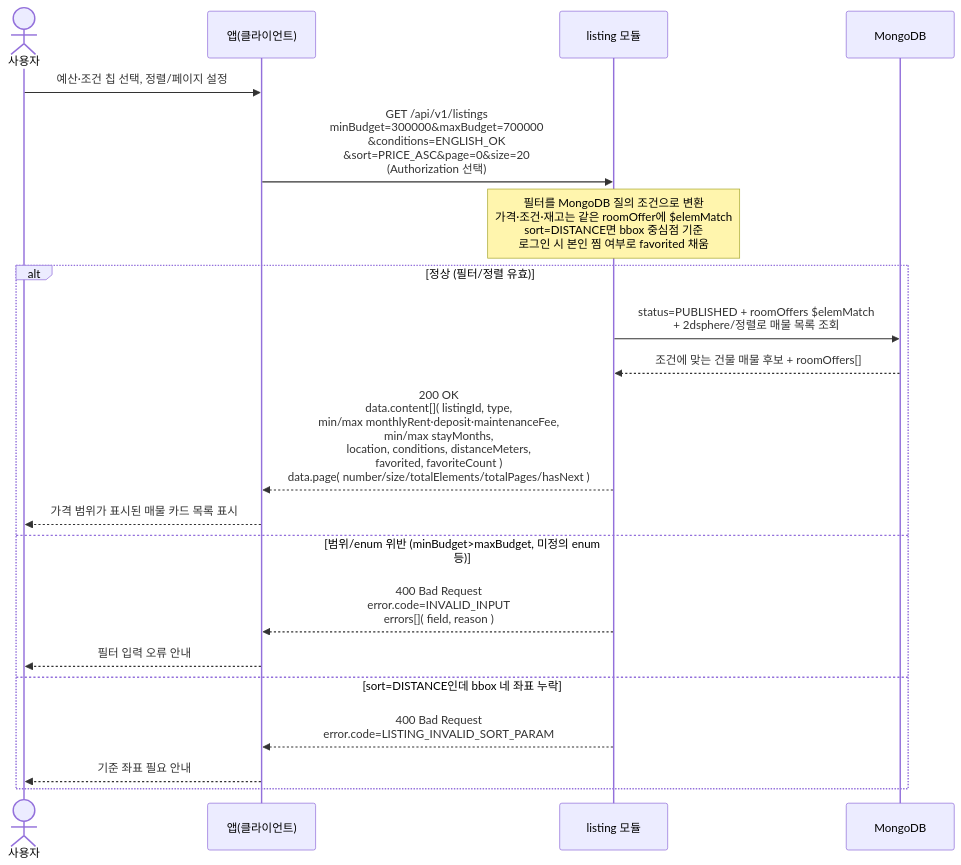
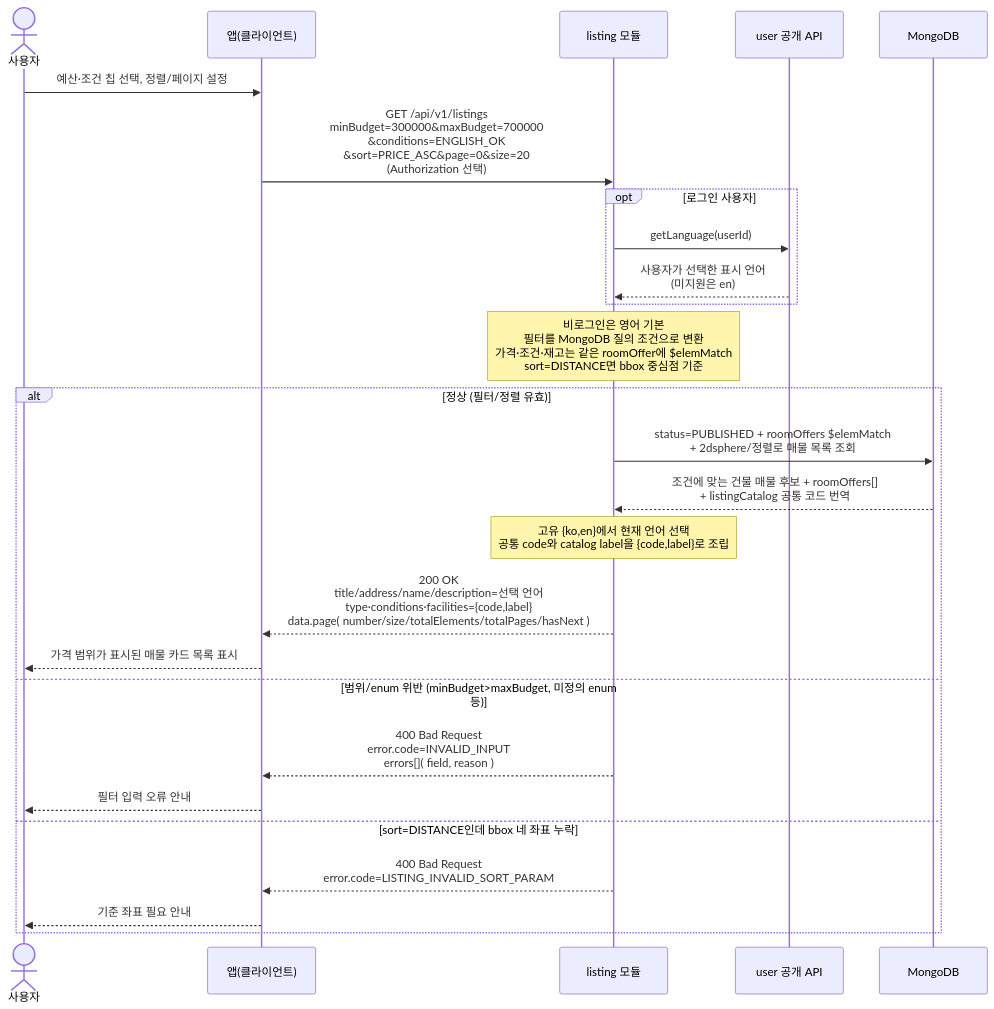
One commit to jameskim9509/Kohere-backend changed the diagram in docs/architecture/sequence-diagrams/03-listings-favorites/us-3-1-listing-list-explore.md. Above: the diagram before and after it, drawn with Mermaid. The commit also changed other lines of this file and 64 other files, not shown here.

````diff
--- a/docs/architecture/sequence-diagrams/03-listings-favorites/us-3-1-listing-list-explore.md
+++ b/docs/architecture/sequence-diagrams/03-listings-favorites/us-3-1-listing-list-explore.md
@@ -5,23 +5,29 @@
 ```mermaid
 sequenceDiagram
     actor U as 사용자
     participant C as 앱(클라이언트)
     participant LIST as listing 모듈
+    participant USER as user 공개 API
     participant DB as MongoDB
 
     U->>C: 예산·조건 칩 선택, 정렬/페이지 설정
     C->>LIST: GET /api/v1/listings<br/>minBudget=300000&maxBudget=700000<br/>&conditions=ENGLISH_OK<br/>&sort=PRICE_ASC&page=0&size=20<br/>(Authorization 선택)
-    Note over LIST: 필터를 MongoDB 질의 조건으로 변환<br/>가격·조건·재고는 같은 roomOffer에 $elemMatch<br/>sort=DISTANCE면 bbox 중심점 기준<br/>로그인 시 본인 찜 여부로 favorited 채움
+    opt 로그인 사용자
+        LIST->>USER: getLanguage(userId)
+        USER-->>LIST: 사용자가 선택한 표시 언어<br/>(미지원은 en)
+    end
+    Note over LIST: 비로그인은 영어 기본<br/>필터를 MongoDB 질의 조건으로 변환<br/>가격·조건·재고는 같은 roomOffer에 $elemMatch<br/>sort=DISTANCE면 bbox 중심점 기준
     alt 정상 (필터/정렬 유효)
         LIST->>DB: status=PUBLISHED + roomOffers $elemMatch<br/>+ 2dsphere/정렬로 매물 목록 조회
-        DB-->>LIST: 조건에 맞는 건물 매물 후보 + roomOffers[]
-        LIST-->>C: 200 OK<br/>data.content[]( listingId, type,<br/>min/max monthlyRent·deposit·maintenanceFee,<br/>min/max stayMonths,<br/>location, conditions, distanceMeters,<br/>favorited, favoriteCount )<br/>data.page( number/size/totalElements/totalPages/hasNext )
+        DB-->>LIST: 조건에 맞는 건물 매물 후보 + roomOffers[]<br/>+ listingCatalog 공통 코드 번역
+        Note over LIST: 고유 {ko,en}에서 현재 언어 선택<br/>공통 code와 catalog label을 {code,label}로 조립
+        LIST-->>C: 200 OK<br/>title/address/name/description=선택 언어<br/>type·conditions·facilities={code,label}<br/>data.page( number/size/totalElements/totalPages/hasNext )
         C-->>U: 가격 범위가 표시된 매물 카드 목록 표시
     else 범위/enum 위반 (minBudget>maxBudget, 미정의 enum 등)
         LIST-->>C: 400 Bad Request<br/>error.code=INVALID_INPUT<br/>errors[]( field, reason )
         C-->>U: 필터 입력 오류 안내
     else sort=DISTANCE인데 bbox 네 좌표 누락
         LIST-->>C: 400 Bad Request<br/>error.code=LISTING_INVALID_SORT_PARAM
         C-->>U: 기준 좌표 필요 안내
     end
 ```
````
